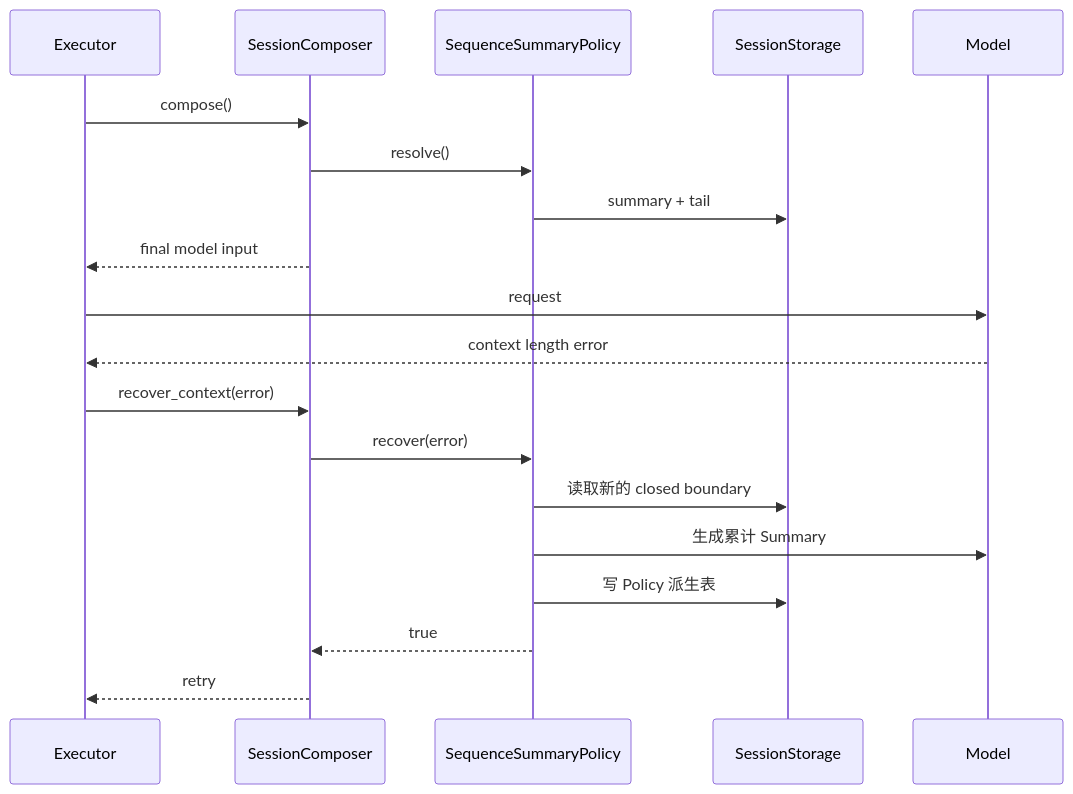
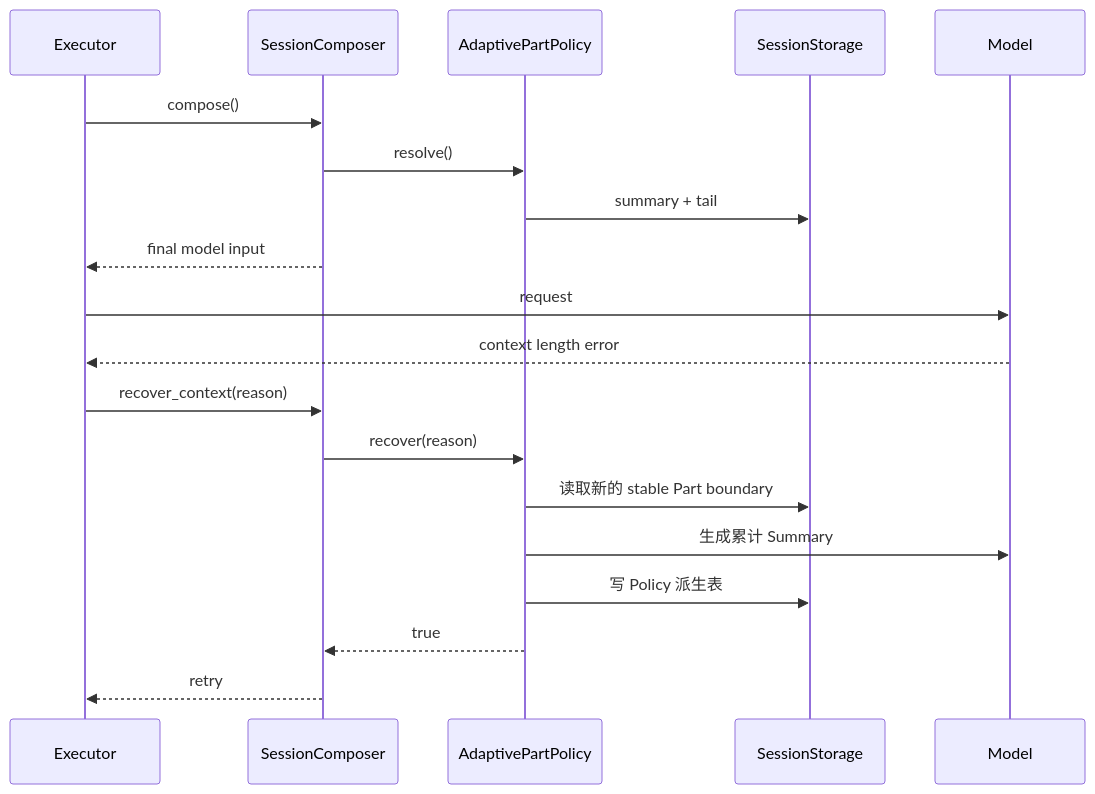
The third of 4 diagrams in docs/session-sqlite-storage-redesign-prd.md (genesiscosmos/downcity), drawn with Mermaid before and after one commit. The commit also changed other lines of this file and 139 other files, not shown here.

````diff
--- a/docs/session-sqlite-storage-redesign-prd.md
+++ b/docs/session-sqlite-storage-redesign-prd.md
@@ -1202,22 +1218,22 @@
 ```mermaid
 sequenceDiagram
     participant Executor
     participant Composer as SessionComposer
-    participant Policy as SequenceSummaryPolicy
+    participant Policy as AdaptivePartPolicy
     participant Storage as SessionStorage
     participant Model
 
     Executor->>Composer: compose()
     Composer->>Policy: resolve()
     Policy->>Storage: summary + tail
     Composer-->>Executor: final model input
     Executor->>Model: request
     Model-->>Executor: context length error
-    Executor->>Composer: recover_context(error)
-    Composer->>Policy: recover(error)
-    Policy->>Storage: 读取新的 closed boundary
+    Executor->>Composer: recover_context(reason)
+    Composer->>Policy: recover(reason)
+    Policy->>Storage: 读取新的 stable Part boundary
     Policy->>Model: 生成累计 Summary
     Policy->>Storage: 写 Policy 派生表
     Policy-->>Composer: true
     Composer-->>Executor: retry
 ```
````
